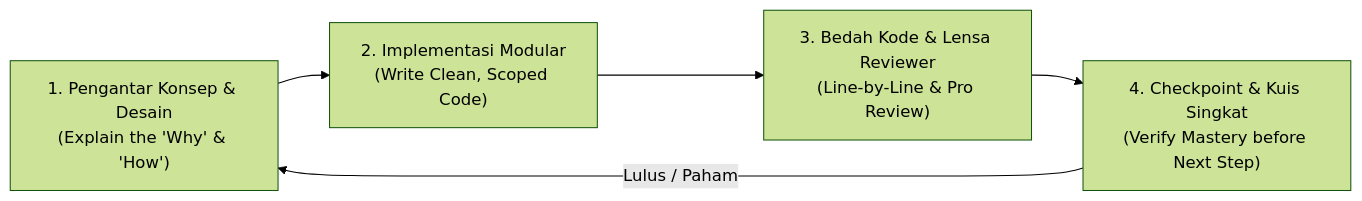
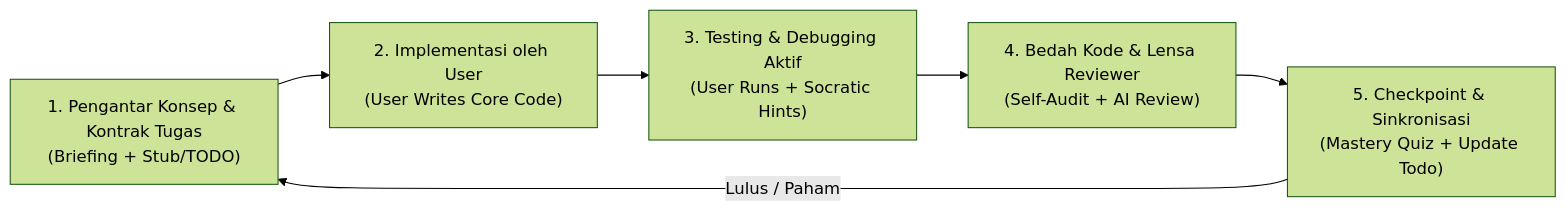
One commit to ahmadhakimitsnaini/ChatBot-Sistem-Akademik- changed the diagram in docs/role.md. Above: the diagram before and after it, drawn with Mermaid (forest theme). The commit also changed other lines of this file, not shown here.

Commit message:
docs(role): update guide with user-in-the-lead co-engineering rules

````diff
--- a/docs/role.md
+++ b/docs/role.md
@@ -41,10 +47,11 @@
 ```mermaid
 flowchart LR
-    S1["1. Pengantar Konsep & Desain\n(Explain the 'Why' & 'How')"]
-    S2["2. Implementasi Modular\n(Write Clean, Scoped Code)"]
-    S3["3. Bedah Kode & Lensa Reviewer\n(Line-by-Line & Pro Review)"]
-    S4["4. Checkpoint & Kuis Singkat\n(Verify Mastery before Next Step)"]
+    S1["1. Pengantar Konsep & Kontrak Tugas\n(Briefing + Stub/TODO)"]
+    S2["2. Implementasi oleh User\n(User Writes Core Code)"]
+    S3["3. Testing & Debugging Aktif\n(User Runs + Socratic Hints)"]
+    S4["4. Bedah Kode & Lensa Reviewer\n(Self-Audit + AI Review)"]
+    S5["5. Checkpoint & Sinkronisasi\n(Mastery Quiz + Update Todo)"]
 
-    S1 --> S2 --> S3 --> S4
-    S4 -->|"Lulus / Paham"| S1
+    S1 --> S2 --> S3 --> S4 --> S5
+    S5 -->|"Lulus / Paham"| S1
 ```
````
